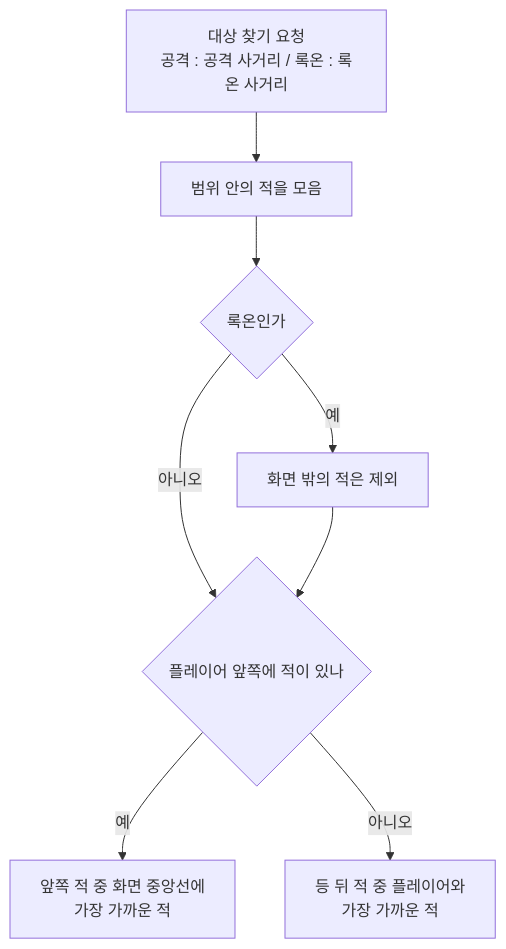
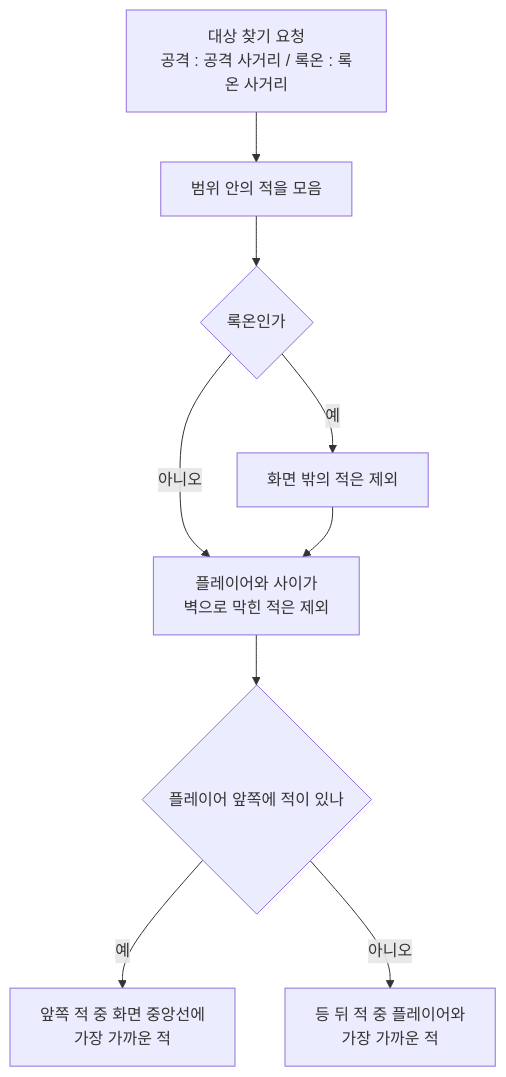
One commit to SquashPrince/Develrocket_mp15_HHH changed the first of 4 diagrams in Docs/Technical/Player/PlayerTargeting.md. Above: the diagram before and after it, drawn with Mermaid. The commit also changed other lines of this file and 3 other files, not shown here.

````diff
--- a/Docs/Technical/Player/PlayerTargeting.md
+++ b/Docs/Technical/Player/PlayerTargeting.md
@@ -20,10 +20,11 @@
 ```mermaid
 flowchart TD
     A["대상 찾기 요청<br>공격 : 공격 사거리 / 록온 : 록온 사거리"] --> B["범위 안의 적을 모음"]
     B --> C{"록온인가"}
     C -->|"예"| D["화면 밖의 적은 제외"]
-    C -->|"아니오"| E{"플레이어 앞쪽에 적이 있나"}
-    D --> E
+    C -->|"아니오"| W["플레이어와 사이가<br>벽으로 막힌 적은 제외"]
+    D --> W
+    W --> E{"플레이어 앞쪽에 적이 있나"}
     E -->|"예"| F["앞쪽 적 중 화면 중앙선에<br>가장 가까운 적"]
     E -->|"아니오"| G["등 뒤 적 중 플레이어와<br>가장 가까운 적"]
 ```
````
